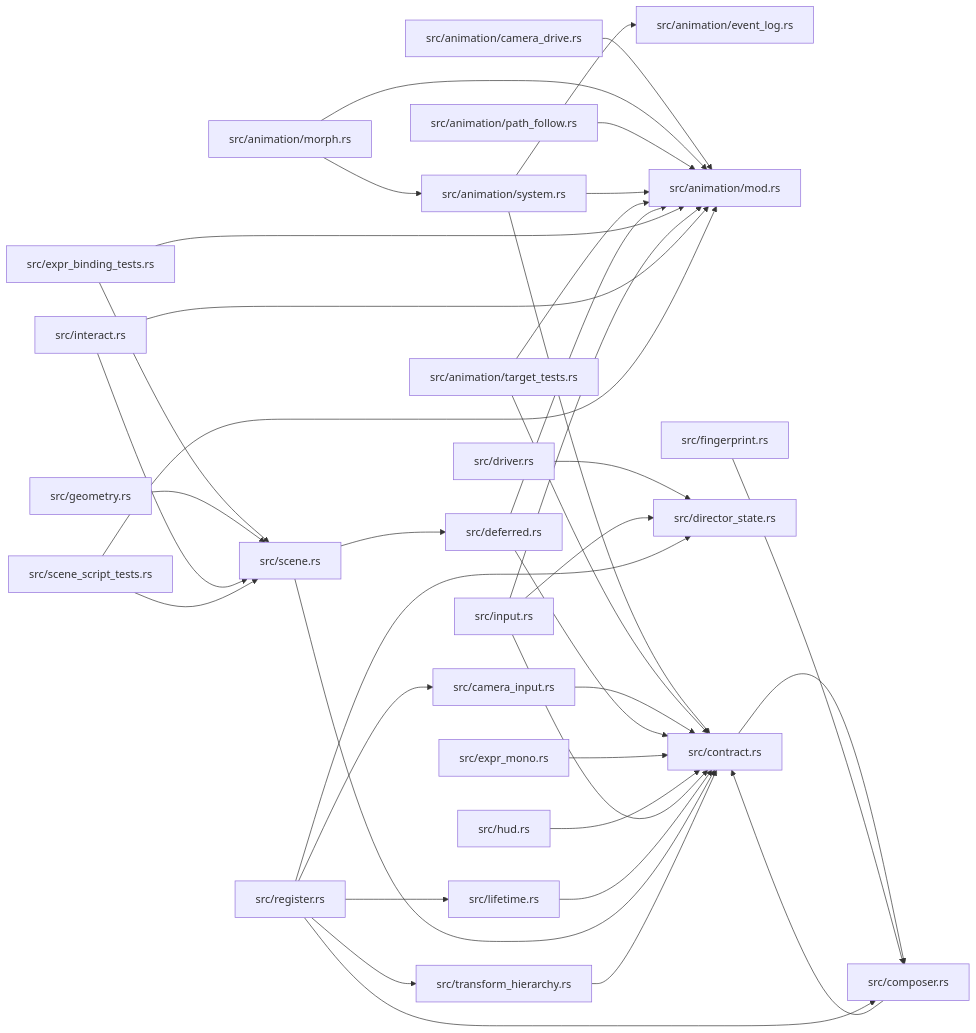
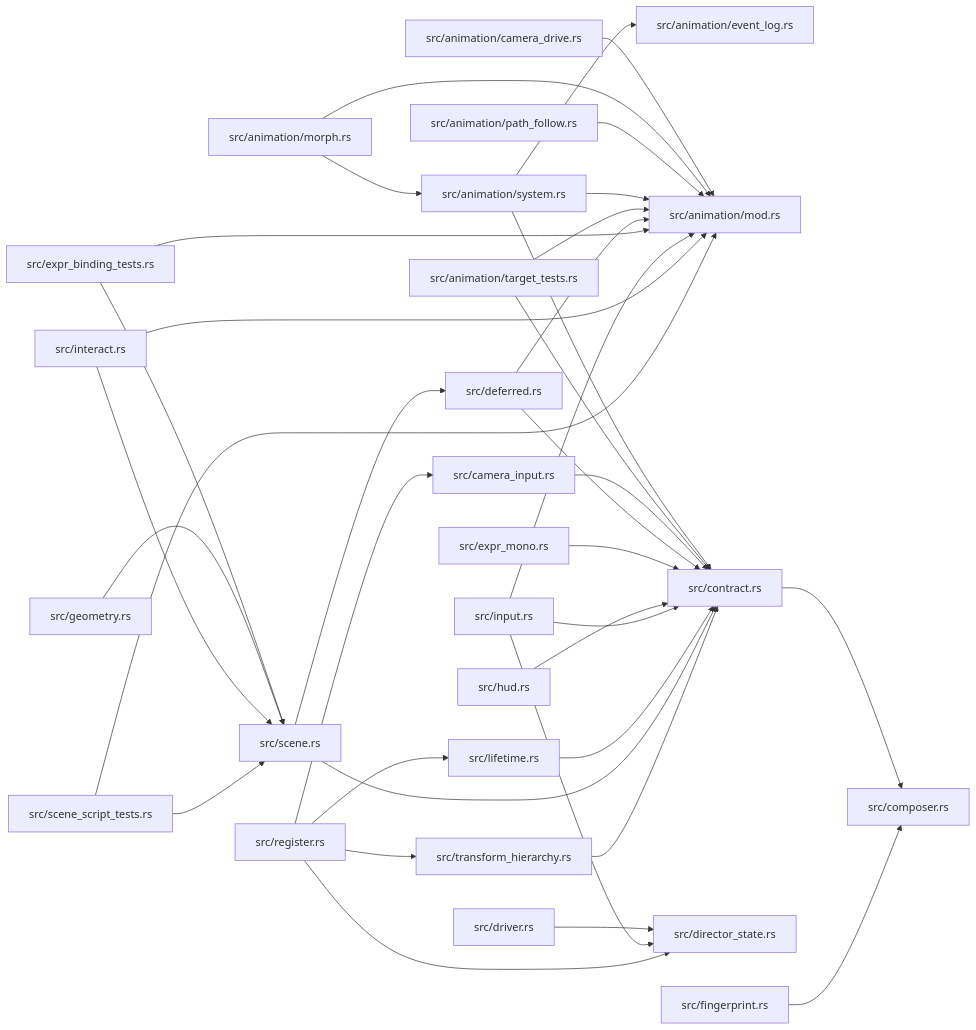
Before and after one commit to xcrtp/zela: the diagram in docs/modules/zela-scene-ecs.md, drawn with Mermaid. The commit also changed other lines of this file and 44 other files, not shown here.

````diff
--- a/docs/modules/zela-scene-ecs.md
+++ b/docs/modules/zela-scene-ecs.md
@@ -51,65 +52,63 @@
 ```mermaid
 graph LR
     f0["src/animation/camera_drive.rs"]
     f5["src/animation/event_log.rs"]
     f1["src/animation/mod.rs"]
     f2["src/animation/morph.rs"]
     f4["src/animation/path_follow.rs"]
     f3["src/animation/system.rs"]
     f7["src/animation/target_tests.rs"]
     f8["src/camera_input.rs"]
     f9["src/composer.rs"]
     f6["src/contract.rs"]
     f10["src/deferred.rs"]
     f12["src/director_state.rs"]
     f11["src/driver.rs"]
     f13["src/expr_binding_tests.rs"]
     f15["src/expr_mono.rs"]
     f16["src/fingerprint.rs"]
     f17["src/geometry.rs"]
     f18["src/hud.rs"]
     f19["src/input.rs"]
     f20["src/interact.rs"]
     f21["src/lifetime.rs"]
     f22["src/register.rs"]
     f14["src/scene.rs"]
     f24["src/scene_script_tests.rs"]
     f23["src/transform_hierarchy.rs"]
     f0 --> f1
     f2 --> f1
     f2 --> f3
     f4 --> f1
     f3 --> f5
     f3 --> f1
     f3 --> f6
     f7 --> f1
     f7 --> f6
     f8 --> f6
-    f9 --> f6
     f6 --> f9
     f10 --> f1
     f10 --> f6
     f11 --> f12
     f13 --> f1
     f13 --> f14
     f15 --> f6
     f16 --> f9
     f17 --> f14
     f18 --> f6
     f19 --> f1
     f19 --> f6
     f19 --> f12
     f20 --> f1
     f20 --> f14
     f21 --> f6
     f22 --> f8
-    f22 --> f9
     f22 --> f12
     f22 --> f21
     f22 --> f23
     f14 --> f6
     f14 --> f10
     f24 --> f1
     f24 --> f14
     f23 --> f6
 ```
````
